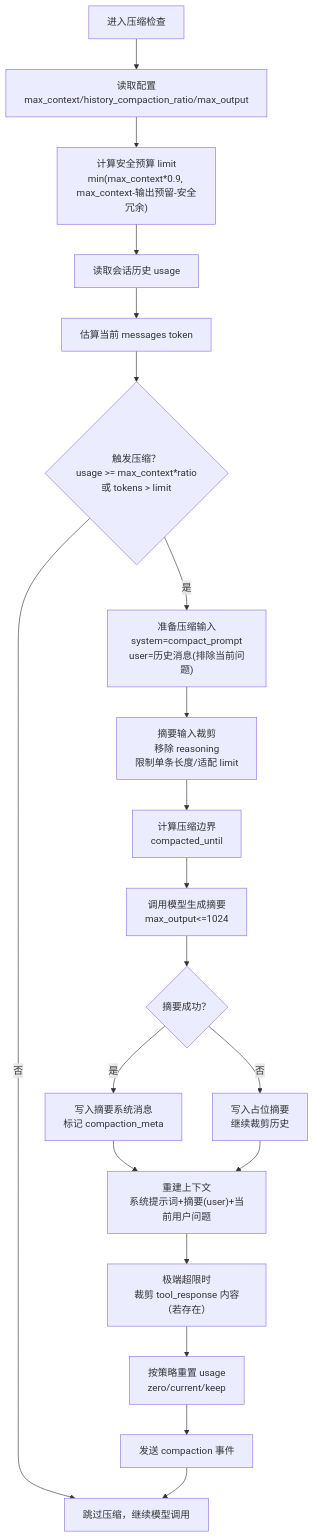
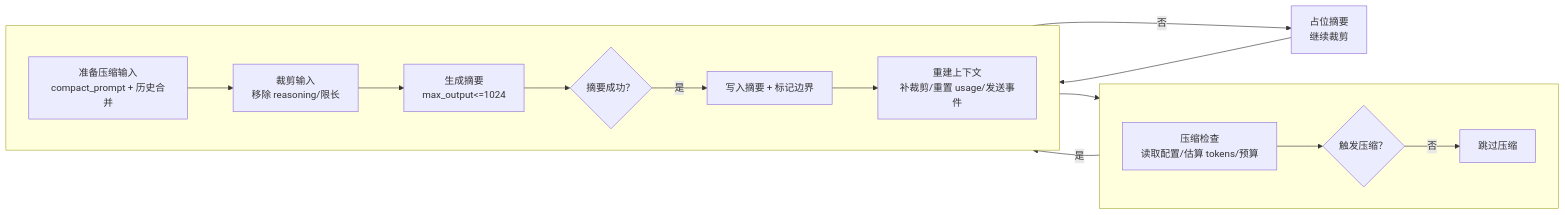
The fifth of 5 diagrams in docs/系统介绍.md (ylsdamxssjxxdd/wunder), drawn with Mermaid before and after one commit. The commit also changed other lines of this file and 32 other files, not shown here.

````diff
--- a/docs/系统介绍.md
+++ b/docs/系统介绍.md
@@ -247,22 +254,16 @@
 ```mermaid
-flowchart TD
-  A["进入压缩检查"] --> B["读取配置<br/>max_context/history_compaction_ratio/max_output"]
-  B --> C["计算安全预算 limit<br/>min(max_context*0.9, max_context-输出预留-安全冗余)"]
-  C --> D["读取会话历史 usage"]
-  D --> E["估算当前 messages token"]
-  E --> F{"触发压缩？<br/>usage >= max_context*ratio<br/>或 tokens > limit"}
-  F -- "否" --> Z["跳过压缩，继续模型调用"]
-  F -- "是" --> G["准备压缩输入<br/>system=compact_prompt<br/>user=历史消息(排除当前问题)"]
-  G --> H["摘要输入裁剪<br/>移除 reasoning<br/>限制单条长度/适配 limit"]
-  H --> I["计算压缩边界<br/>compacted_until"]
-  I --> J["调用模型生成摘要<br/>max_output<=1024"]
-  J --> K{"摘要成功？"}
-  K -- "是" --> L["写入摘要系统消息<br/>标记 compaction_meta"]
-  K -- "否" --> M["写入占位摘要<br/>继续裁剪历史"]
-  L --> N["重建上下文<br/>系统提示词+摘要(user)+当前用户问题"]
-  M --> N
-  N --> O["极端超限时<br/>裁剪 tool_response 内容（若存在）"]
-  O --> P["按策略重置 usage<br/>zero/current/keep"]
-  P --> Q["发送 compaction 事件"]
-  Q --> Z
+flowchart LR
+  subgraph Row1[" "]
+    direction LR
+    A["压缩检查<br/>读取配置/估算 tokens/预算"] --> B{"触发压缩？"} -->|否| Z["跳过压缩"]
+  end
+
+  subgraph Row2[" "]
+    direction LR
+    C["准备压缩输入<br/>compact_prompt + 历史合并"] --> D["裁剪输入<br/>移除 reasoning/限长"] --> E["生成摘要<br/>max_output<=1024"] --> F{"摘要成功？"}
+    F -- "是" --> H["写入摘要 + 标记边界"] --> I["重建上下文<br/>补裁剪/重置 usage/发送事件"] --> Z
+  end
+
+  B -- "是" --> C
+  F -- "否" --> G["占位摘要<br/>继续裁剪"] --> H
 ```
````
